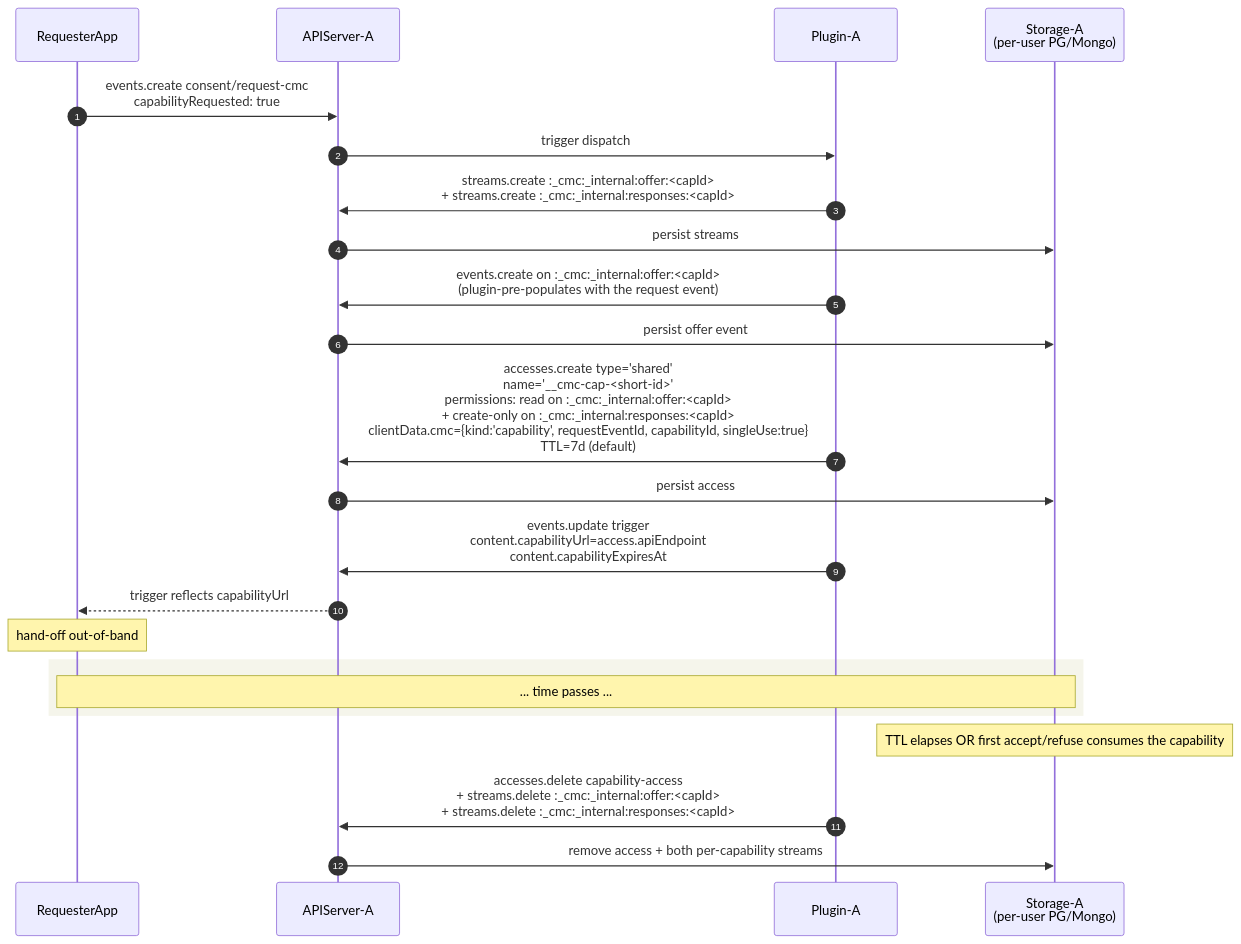
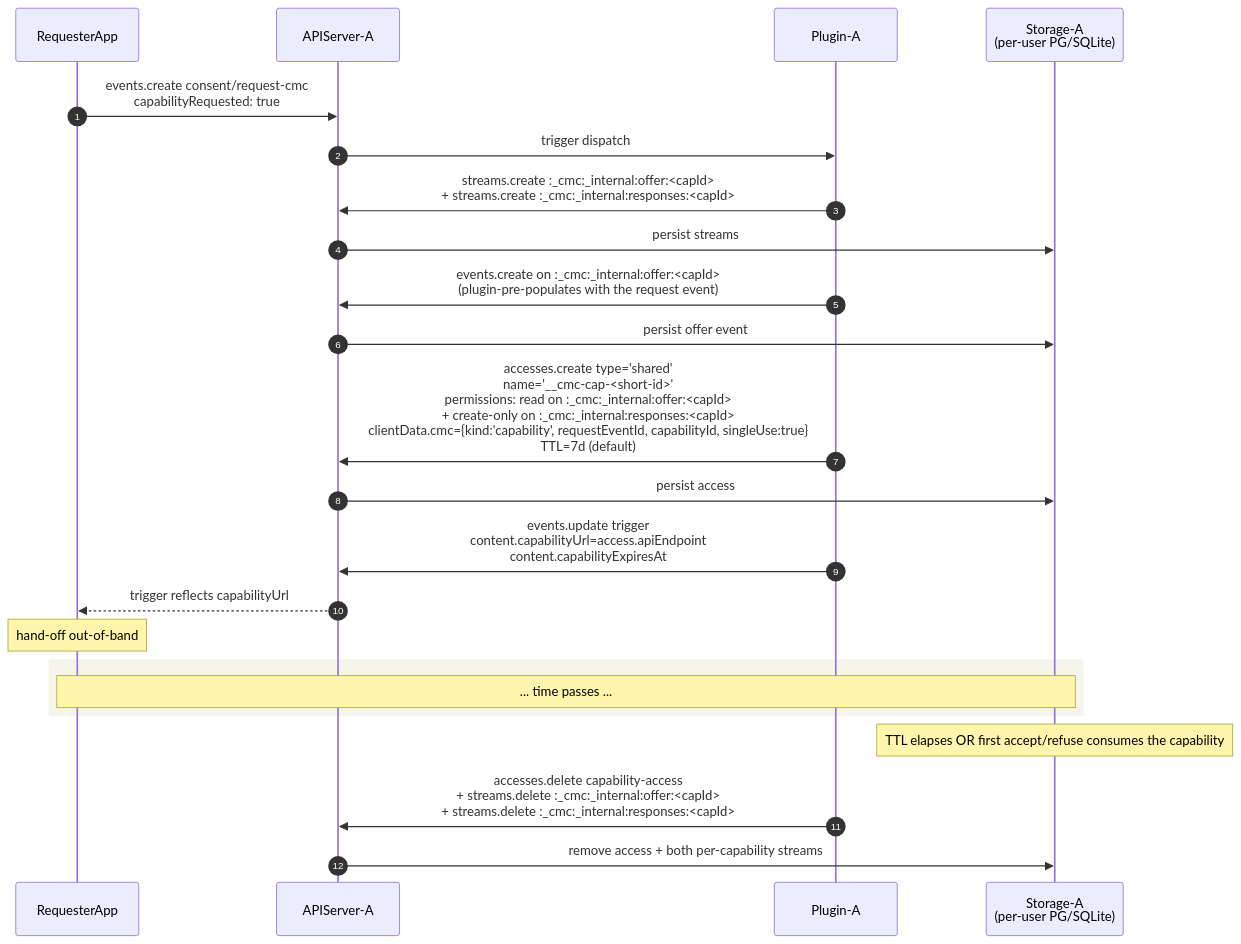
The second of 14 diagrams in components/cmc/INTERNALS.md (pryv/open-pryv.io), drawn with Mermaid before and after one commit. The commit also changed other lines of this file and 5 other files, not shown here.

````diff
--- a/components/cmc/INTERNALS.md
+++ b/components/cmc/INTERNALS.md
@@ -86,28 +86,28 @@
 ```mermaid
 sequenceDiagram
     autonumber
     participant App as RequesterApp
     participant APIServer as APIServer-A
     participant Plugin as Plugin-A
-    participant Storage as Storage-A<br/>(per-user PG/Mongo)
+    participant Storage as Storage-A<br/>(per-user PG/SQLite)
 
     App->>APIServer: events.create consent/request-cmc<br/>capabilityRequested: true
     APIServer->>Plugin: trigger dispatch
     Plugin->>APIServer: streams.create :_cmc:_internal:offer:<capId><br/>+ streams.create :_cmc:_internal:responses:<capId>
     APIServer->>Storage: persist streams
     Plugin->>APIServer: events.create on :_cmc:_internal:offer:<capId><br/>(plugin-pre-populates with the request event)
     APIServer->>Storage: persist offer event
     Plugin->>APIServer: accesses.create type='shared'<br/>name='__cmc-cap-<short-id>'<br/>permissions: read on :_cmc:_internal:offer:<capId><br/>+ create-only on :_cmc:_internal:responses:<capId><br/>clientData.cmc={kind:'capability', requestEventId, capabilityId, singleUse:true}<br/>TTL=7d (default)
     APIServer->>Storage: persist access
     Plugin->>APIServer: events.update trigger<br/>content.capabilityUrl=access.apiEndpoint<br/>content.capabilityExpiresAt
     APIServer-->>App: trigger reflects capabilityUrl
     Note over App: hand-off out-of-band
 
     rect rgb(245, 245, 235)
     Note over App,Storage: ... time passes ...
     end
 
     Note over Storage: TTL elapses OR first accept/refuse consumes the capability
     Plugin->>APIServer: accesses.delete capability-access<br/>+ streams.delete :_cmc:_internal:offer:<capId><br/>+ streams.delete :_cmc:_internal:responses:<capId>
     APIServer->>Storage: remove access + both per-capability streams
 ```
````
